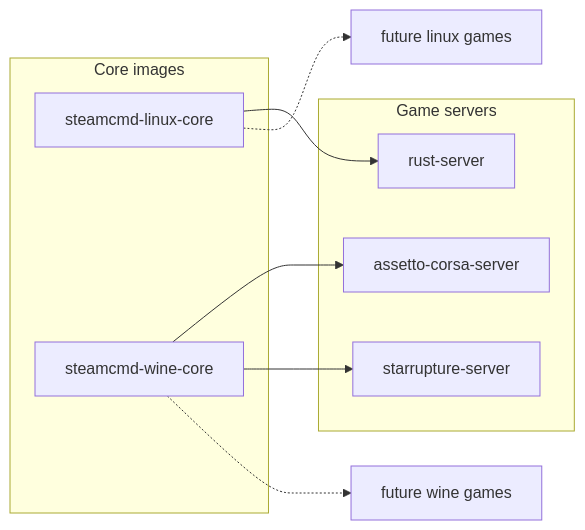
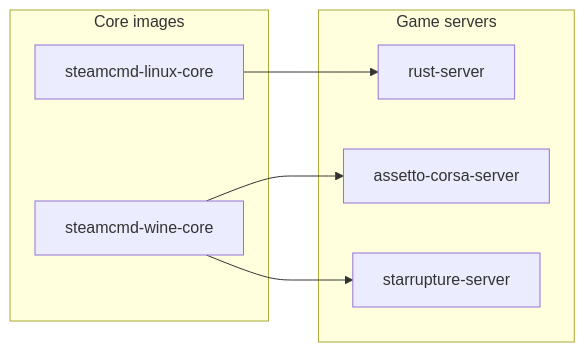
One commit to Monolithoid/steamcmd-servers changed the diagram in README.md. Above: the diagram before and after it, drawn with Mermaid. The commit also changed other lines of this file and 9 other files, not shown here.

Commit message:
Refactor wine core to runtime-only and update SteamCMD docs

````diff
--- a/README.md
+++ b/README.md
@@ -24,20 +20,17 @@
 ```mermaid
 flowchart LR
     subgraph Core images
         linux_core[steamcmd-linux-core]
         wine_core[steamcmd-wine-core]
     end
 
     subgraph Game servers
         rust[rust-server]
         assetto[assetto-corsa-server]
         starrupture[starrupture-server]
     end
 
     linux_core --> rust
     wine_core --> assetto
     wine_core --> starrupture
-
-    linux_core .-> future_linux[future linux games]
-    wine_core .-> future_wine[future wine games]
 ```
````
